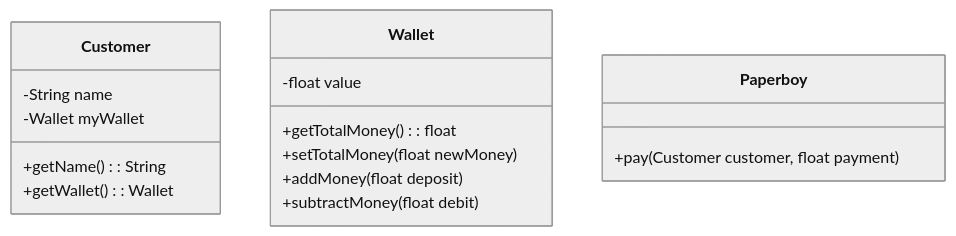
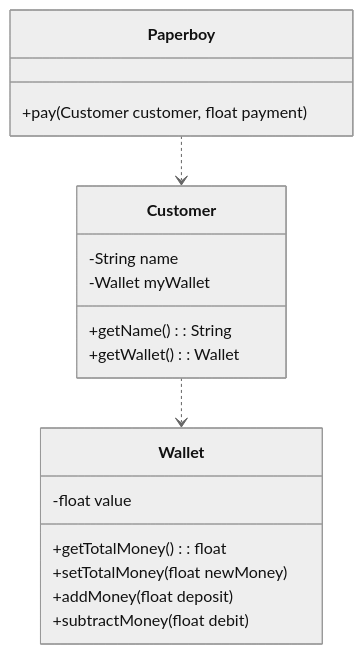
Before and after one commit to yanjinzh6/notes: the first of 2 diagrams in development/designpattern/least-knowledge-rinciple.md, drawn with Mermaid (neutral theme). The commit also changed other lines of this file and 4 other files, not shown here.

````diff
--- a/development/designpattern/least-knowledge-rinciple.md
+++ b/development/designpattern/least-knowledge-rinciple.md
@@ -23,19 +25,21 @@
 ```mermaid
 classDiagram
   class Customer {
     -String name
     -Wallet myWallet
     +getName(): String
     +getWallet(): Wallet
   }
   class Wallet {
     -float value
     +getTotalMoney(): float
     +setTotalMoney(float newMoney)
     +addMoney(float deposit)
     +subtractMoney(float debit)
   }
   class Paperboy {
     +pay(Customer customer, float payment)
   }
+  Customer ..> Wallet
+  Paperboy ..> Customer
 ```
````
